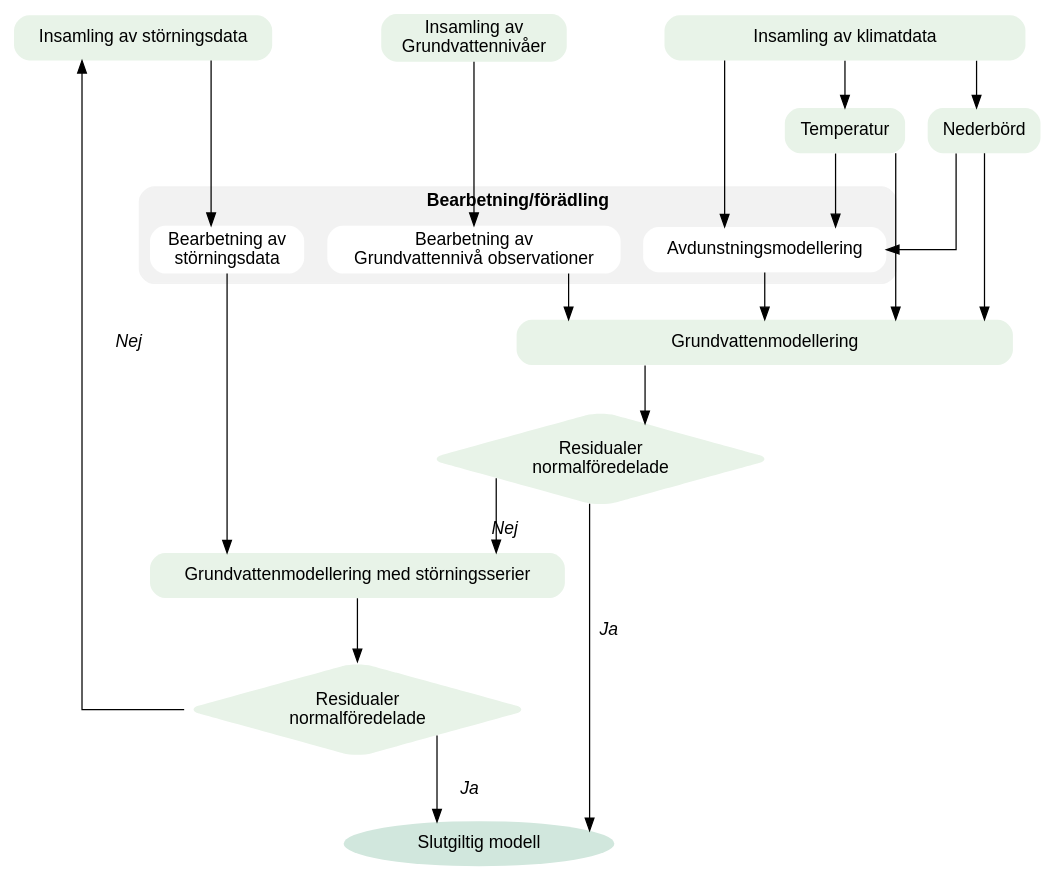
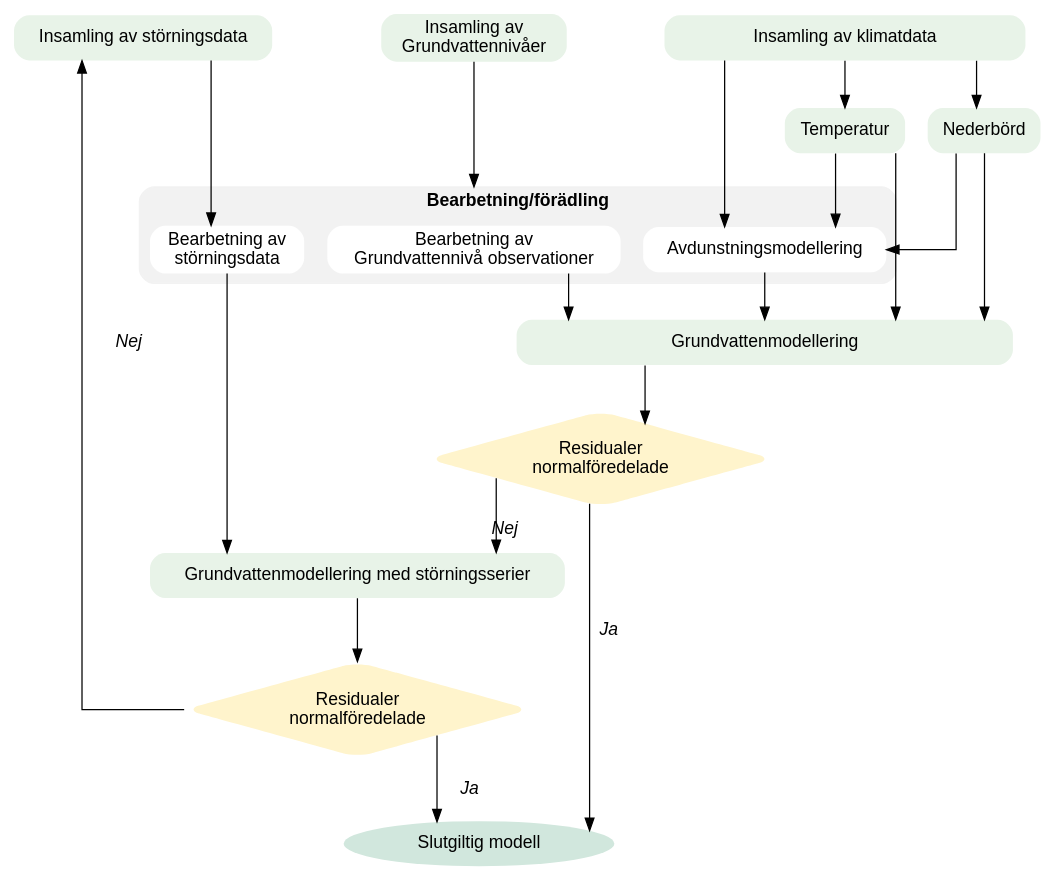
Before and after one commit to ezra-haaf/Hydrogeologiska-storningar: the diagram in handledning/flowcharts/varnarhur1.rst, drawn with Graphviz. The commit also changed 1 other file, not shown here.

Commit message:
bugfix flowchart

```diff
--- a/handledning/flowcharts/varnarhur1.rst
+++ b/handledning/flowcharts/varnarhur1.rst
@@ -11,54 +11,55 @@
 .. graphviz::
 
    digraph G {
      rankdir=TD;
+     compound=true;
      splines=ortho;
      node [shape=box, style="rounded,filled", fillcolor="#e8f3e8", penwidth=0, fontname="Helvetica"];
 
      GWMAT [label="Insamling av\nGrundvattennivåer"]; 
       
      KLIMAT [label="Insamling av klimatdata", URL="../examples/klimatdata.html", target="_top", width=4];
      STOR [label="Insamling av störningsdata"];
-     #STOBS [label="Bearbetning av\nstörningsdata"];
-     #AVD    [label="Avdunstningsmodellering", URL="../examples/avdunstning.html", target="_top"];
+     //STOBS [label="Bearbetning av\nstörningsdata"];
+     //AVD    [label="Avdunstningsmodellering", URL="../examples/avdunstning.html", target="_top"];
      GWMOD  [label="Grundvattenmodellering", URL="../examples/tunnel1_gbg.html", target="_top",width=5.5];
-     DECIDE1 [label="Residualer \nnormalföredelade", shape=diamond, fill="#fff4cc"];
-     DECIDE2 [label="Residualer \nnormalföredelade", shape=diamond, fill="#fff4cc", URL="../examples/tunnel3_gbg.html"];
+     DECIDE1 [label="Residualer \nnormalföredelade", shape=diamond, fillcolor="#fff4cc"];
+     DECIDE2 [label="Residualer \nnormalföredelade", shape=diamond, fillcolor="#fff4cc", URL="../examples/tunnel3_gbg.html"];
      ADD1   [label="Grundvattenmodellering med störningsserier", URL="../examples/tunnel2_gbg.html", target="_top", width=4];
      NED    [label="Nederbörd", URL="../examples/nederbord.html", target="_top"];
      TEMP   [label="Temperatur", URL="../examples/temperatur.html", target="_top"];
      FIN [label="Slutgiltig modell", shape=ellipse, fillcolor="#d1e7dd", width=3];
      { rank=same; GWMAT; KLIMAT; STOR; }
       
 
      subgraph cluster_processing {
          label="Bearbetning/förädling";
          style="filled,rounded";
          color="grey95";
          fontname="Helvetica-Bold"
 
          GWOBS [label="Bearbetning av\nGrundvattennivå observationer", fillcolor="white", URL="../examples/kompensation.html"];
          STOBS [label="Bearbetning av\nstörningsdata", fillcolor="white", URL="../examples/prepare_leakage.html", target="_top"];
          AVD [label="Avdunstningsmodellering", fillcolor="white", URL="../examples/avdunstning.html", target="_top"];
          { rank=same; GWOBS; STOBS; AVD}
      }
 
      KLIMAT -> AVD;
      GWMAT -> GWOBS [lhead=cluster_processing];
      GWOBS -> GWMOD;
      NED -> AVD;
      TEMP -> AVD;
      AVD -> GWMOD;
      GWMOD -> DECIDE1;
      DECIDE1 -> ADD1 [label="Nej", labelfloat=true, fontname="Helvetica-Oblique"];
      DECIDE1 -> FIN [label="Ja", fontname="Helvetica-Oblique"];
      KLIMAT -> NED;
      NED -> GWMOD;
      KLIMAT -> TEMP;
      TEMP -> GWMOD;
      STOR -> STOBS;
      STOBS -> ADD1;
      ADD1 -> DECIDE2; 
      DECIDE2 -> FIN [label="Ja", fontname="Helvetica-Oblique"];  
      DECIDE2 -> STOR [label="Nej", fontname="Helvetica-Oblique"];
    }
```
